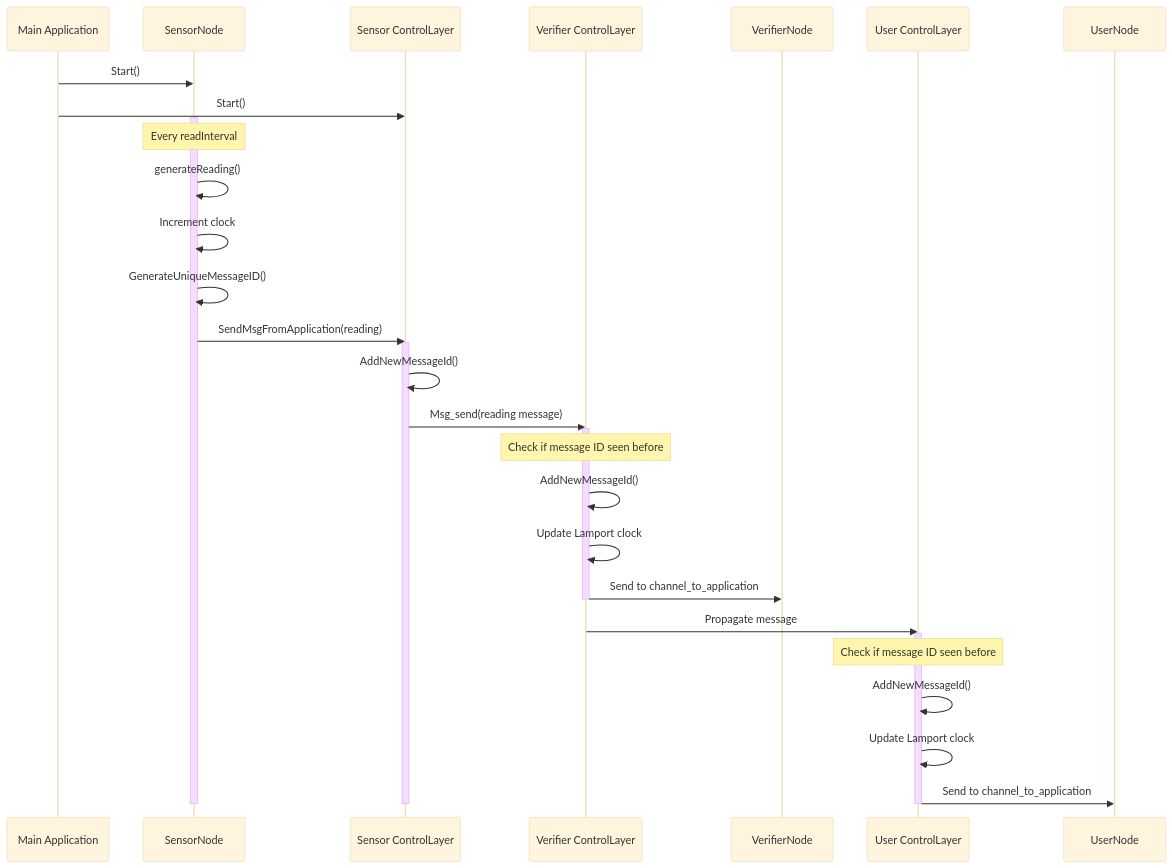
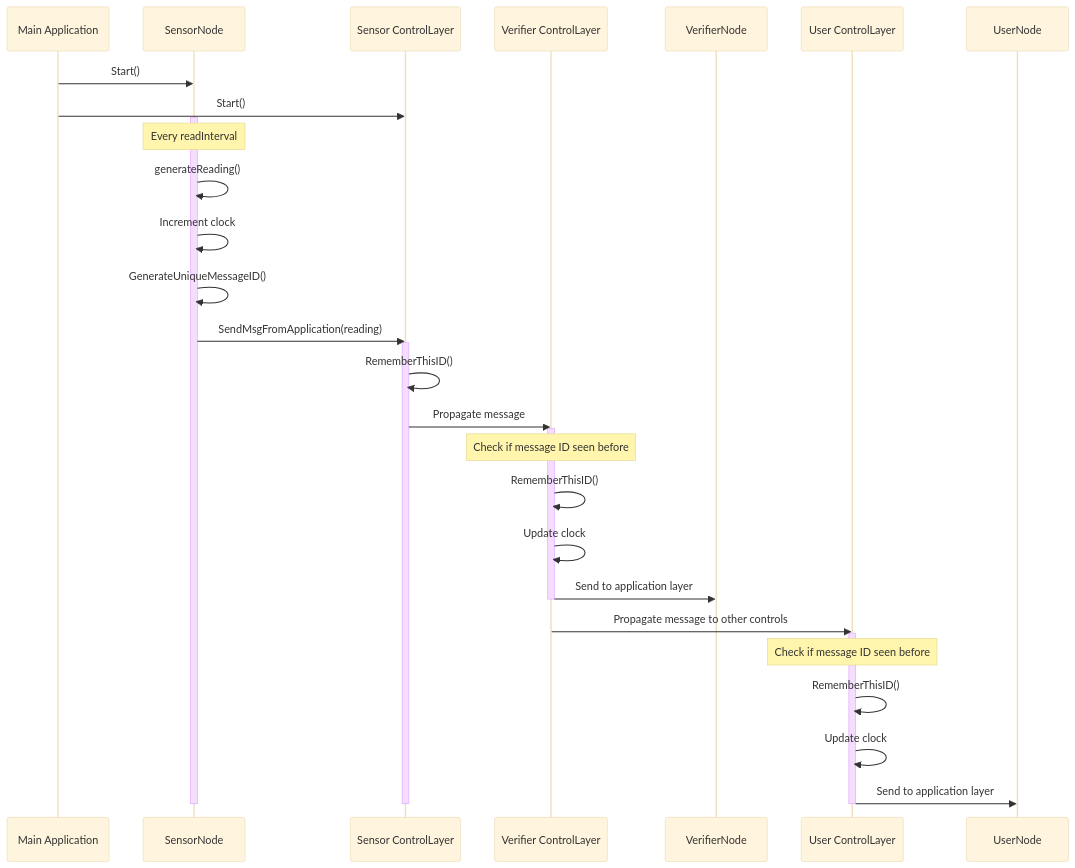
One commit to 4l3x4ndre/Distributed-System-with-Verification changed the third of 5 diagrams in README.md. Above: the diagram before and after it, drawn with Mermaid (base theme). The commit also changed other lines of this file and 3 other files, not shown here.

````diff
--- a/README.md
+++ b/README.md
@@ -243,39 +300,39 @@
 ```mermaid
 sequenceDiagram
     participant Main as Main Application
     participant SN as SensorNode
     participant SCL as Sensor ControlLayer
     participant VCL as Verifier ControlLayer
     participant VN as VerifierNode
     participant UCL as User ControlLayer
     participant UN as UserNode
 
     Main->>SN: Start()
     Main->>SCL: Start()
     
     activate SN
     Note over SN: Every readInterval
     SN->>SN: generateReading()
     SN->>SN: Increment clock
     SN->>SN: GenerateUniqueMessageID()
     SN->>SCL: SendMsgFromApplication(reading)
     activate SCL
-    SCL->>SCL: AddNewMessageId()
-    SCL->>VCL: Msg_send(reading message)
+    SCL->>SCL: RememberThisID()
+    SCL->>VCL: Propagate message
     activate VCL
     Note over VCL: Check if message ID seen before
-    VCL->>VCL: AddNewMessageId()
-    VCL->>VCL: Update Lamport clock
-    VCL->>VN: Send to channel_to_application
+    VCL->>VCL: RememberThisID()
+    VCL->>VCL: Update clock
+    VCL->>VN: Send to application layer
     deactivate VCL
     
-    VCL->>UCL: Propagate message
+    VCL->>UCL: Propagate message to other controls
     activate UCL
     Note over UCL: Check if message ID seen before
-    UCL->>UCL: AddNewMessageId()
-    UCL->>UCL: Update Lamport clock
-    UCL->>UN: Send to channel_to_application
+    UCL->>UCL: RememberThisID()
+    UCL->>UCL: Update clock
+    UCL->>UN: Send to application layer
     deactivate UCL
     deactivate SCL
     deactivate SN
 ```
````
